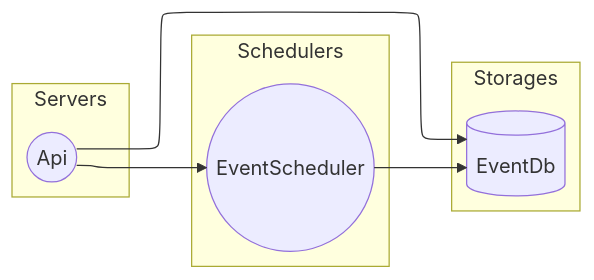
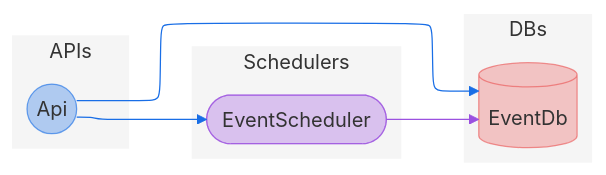
One commit to sbalmt/ez4 changed the diagram in examples/aws-schedule-manager/docs/schedule-manager-topology.mmd. Above: the diagram before and after it, drawn with Mermaid. The commit also changed 424 other files, not shown here.

```diff
--- a/examples/aws-schedule-manager/docs/schedule-manager-topology.mmd
+++ b/examples/aws-schedule-manager/docs/schedule-manager-topology.mmd
@@ -1,14 +1,31 @@
-%%{init: { "layout": "elk" } }%%
+%%{init: { "layout": "elk", "theme": "light" } }%%
 graph LR
-	subgraph Servers
+	classDef ez4Api fill:#196ee650, stroke:#196ee6a0;
+	classDef ez4ApiImport fill:#196ee625, stroke:#196ee6a0, stroke-dasharray:5 5;
+	classDef ez4ApiEdge stroke:#196ee6
+	subgraph APIs
+		style APIs fill: #f5f5f5, stroke-width: 0
 		Api@{ shape: circle, label: "Api" }
+		class Api ez4Api
 	end
+	classDef ez4Scheduler fill:#9b51e050, stroke:#9b51e0a0;
+	classDef ez4SchedulerEdge stroke:#9b51e0
+	classDef ez4SchedulerEdge stroke:#9b51e0;
 	subgraph Schedulers
-		EventScheduler@{ shape: circle, label: "EventScheduler" }
+		style Schedulers fill: #f5f5f5, stroke-width: 0
+		EventScheduler@{ shape: stadium, label: "EventScheduler" }
+		class EventScheduler ez4Scheduler
 	end
-	subgraph Storages
+	classDef ez4Database fill:#eb575750, stroke:#eb5757a0;
+	classDef ez4DatabaseEdge stroke:#eb5757;
+	subgraph DBs
+		style DBs fill: #f5f5f5, stroke-width: 0
 		EventDb@{ shape: cyl, label: "EventDb" }
+		class EventDb ez4Database
 	end
-	EventScheduler --> EventDb
-	Api --> EventScheduler
-	Api --> EventDb
+	EventScheduler EventDbEventScheduler@--> EventDb
+	Api EventSchedulerApi@--> EventScheduler
+	Api EventDbApi@--> EventDb
+	class EventDbEventScheduler ez4SchedulerEdge
+	class EventSchedulerApi ez4ApiEdge
+	class EventDbApi ez4ApiEdge
```
